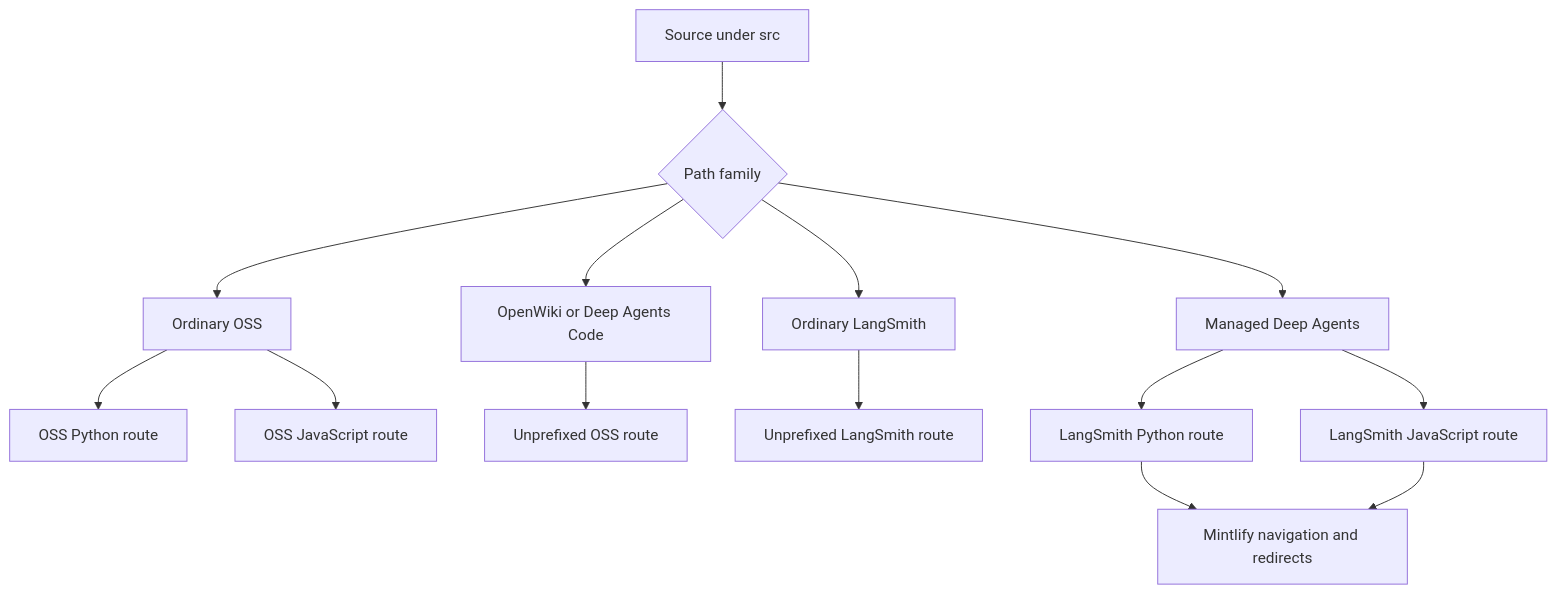
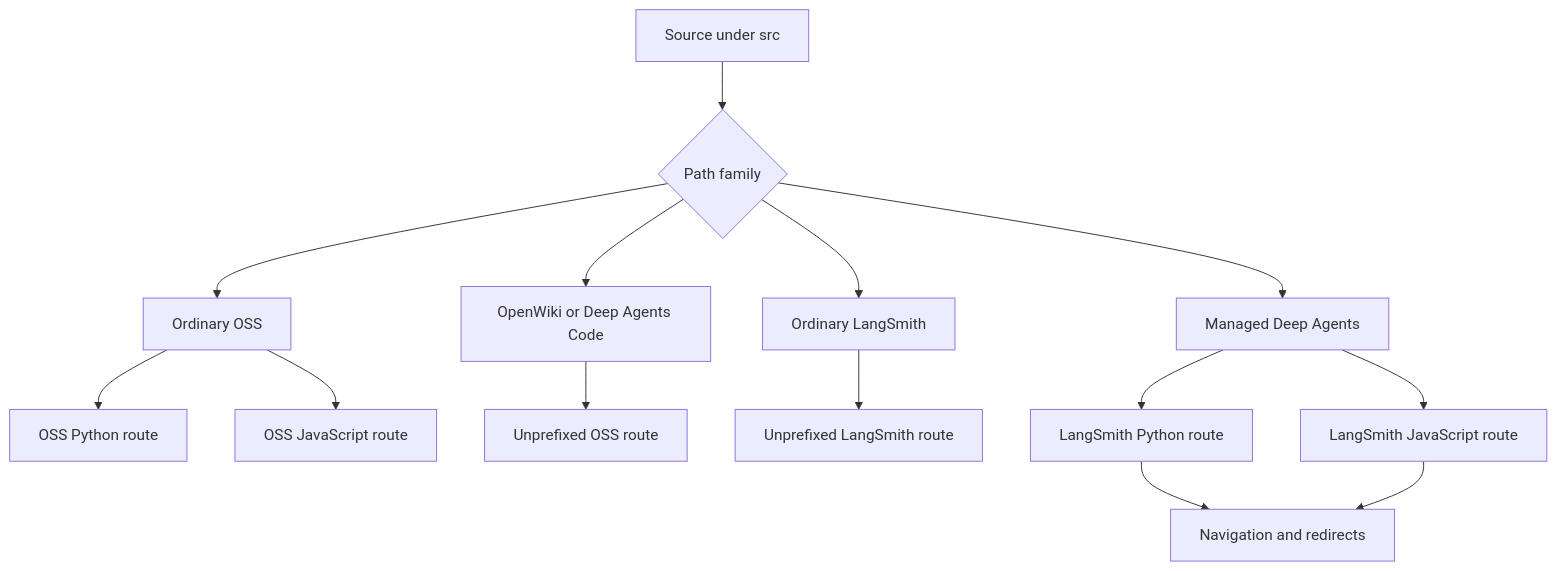
The first of 2 diagrams in openwiki/concepts/versioning.md (langchain-ai/docs), drawn with Mermaid before and after one commit. The commit also changed other lines of this file and 25 other files, not shown here.

````diff
--- a/openwiki/concepts/versioning.md
+++ b/openwiki/concepts/versioning.md
@@ -60,16 +58,16 @@
 ```mermaid
 flowchart TD
     Source["Source under src"] --> Family{"Path family"}
     Family --> Oss["Ordinary OSS"]
     Oss --> OssPy["OSS Python route"]
     Oss --> OssJs["OSS JavaScript route"]
     Family --> Product["OpenWiki or Deep Agents Code"]
     Product --> PlainProduct["Unprefixed OSS route"]
     Family --> Smith["Ordinary LangSmith"]
     Smith --> PlainSmith["Unprefixed LangSmith route"]
     Family --> Managed["Managed Deep Agents"]
     Managed --> ManagedPy["LangSmith Python route"]
     Managed --> ManagedJs["LangSmith JavaScript route"]
-    ManagedPy --> Mintlify["Mintlify navigation and redirects"]
+    ManagedPy --> Mintlify["Navigation and redirects"]
     ManagedJs --> Mintlify
 ```
````
